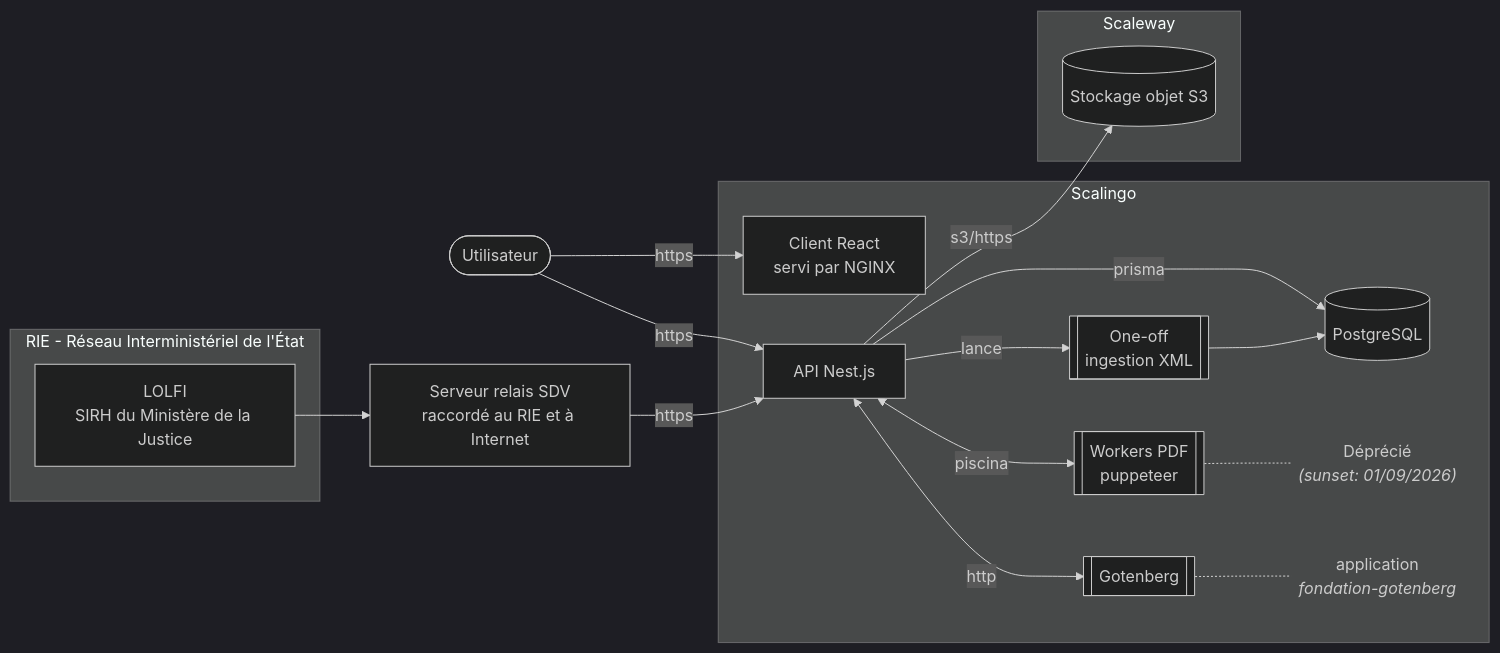
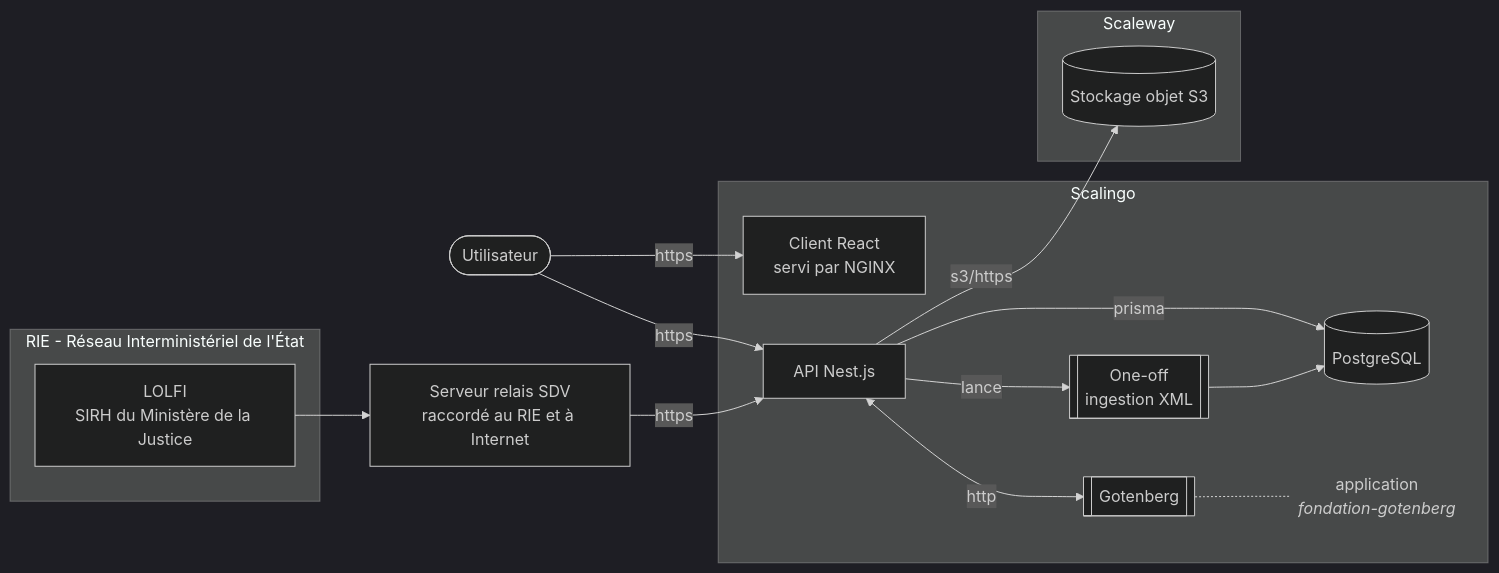
Before and after one commit to betagouv/fondation: the diagram in README.md, drawn with Mermaid (dark theme). The commit also changed 19 other files, not shown here.

Commit message:
refactor(FON-509): removes puppeteer for pdf generation (#522)

````diff
--- a/README.md
+++ b/README.md
@@ -16,38 +16,34 @@
 ```mermaid
 flowchart LR
   user([Utilisateur])
 
   subgraph rie[RIE - Réseau Interministériel de l'État]
     lolfi["LOLFI<br/>SIRH du Ministère de la Justice"]
   end
 
   sdv["Serveur relais SDV<br/>raccordé au RIE et à Internet"]
 
   subgraph scalingo[Scalingo]
     front["Client React<br/>servi par NGINX"]
     back[API Nest.js]
     db[(PostgreSQL)]
-    pdf[["Workers PDF<br/>puppeteer"]]
     oneoff[["One-off<br/>ingestion XML"]]
-    deprecated@{ shape: text, label: "Déprécié<br/><em>(sunset: 01/09/2026)</em>" }
     gotenberg[["Gotenberg"]]
     gotenberg_app@{ shape: text, label: "application<br/><em>fondation-gotenberg</em>" }
   end
 
   subgraph scaleway[Scaleway]
     storage[(Stockage objet S3)]
   end
 
   user -- https --> front
   user -- https --> back
   lolfi --> sdv
   sdv -- https --> back
   back -- prisma --> db
-  back <-- piscina --> pdf
-  pdf -.- deprecated
   back <-- http --> gotenberg
   gotenberg -.- gotenberg_app
   back -- lance --> oneoff
   oneoff --> db
   back -- s3/https --> storage
 ```
````
